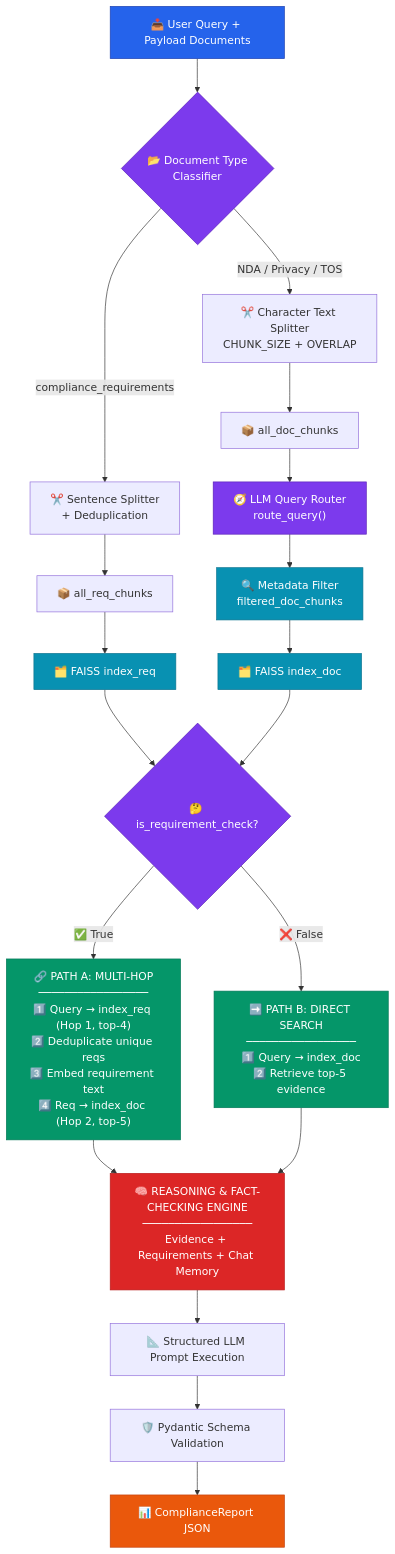
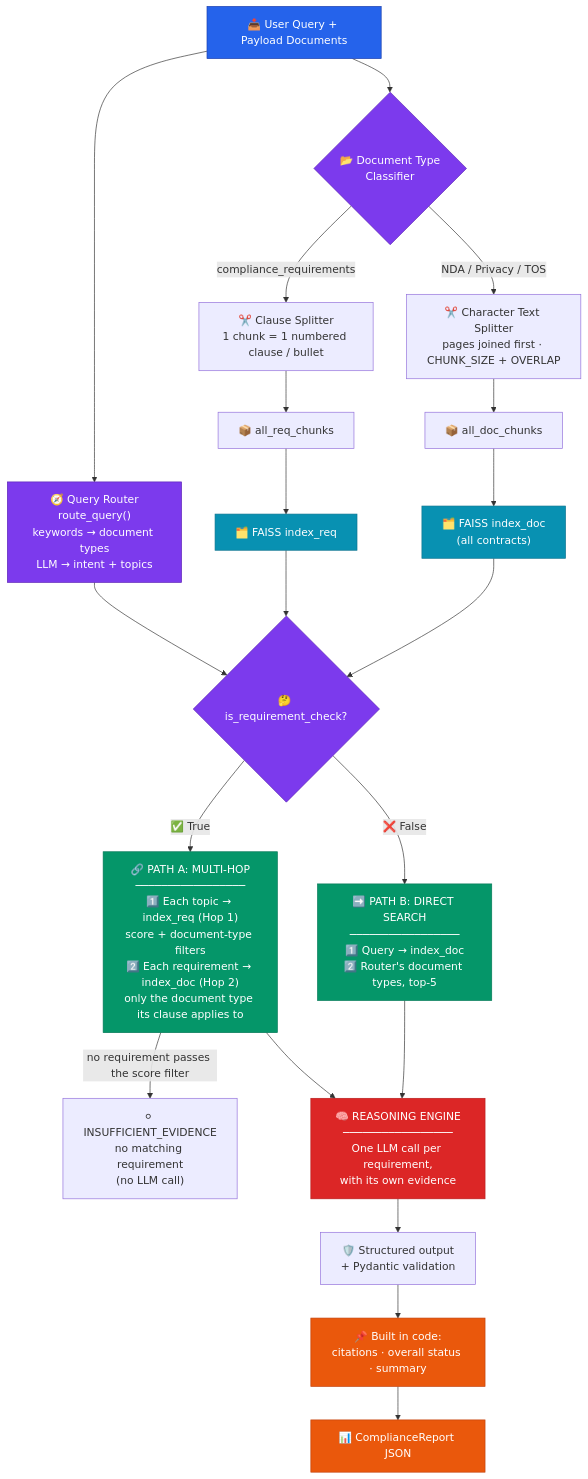
Before and after one commit to oMaR-M-M/Multi-Document-Contract-Legal-Compliance-Analyzer: the first of 2 diagrams in README.md, drawn with Mermaid. The commit also changed other lines of this file, not shown here.

````diff
--- a/README.md
+++ b/README.md
@@ -107,41 +112,42 @@
 ```mermaid
 flowchart TD
     A["📥 User Query + Payload Documents"] --> B{"📂 Document Type<br/>Classifier"}
 
-    B -->|compliance_requirements| C["✂️ Sentence Splitter<br/>+ Deduplication"]
-    B -->|NDA / Privacy / TOS| D["✂️ Character Text Splitter<br/>CHUNK_SIZE + OVERLAP"]
+    B -->|compliance_requirements| C["✂️ Clause Splitter<br/>1 chunk = 1 numbered clause / bullet"]
+    B -->|NDA / Privacy / TOS| D["✂️ Character Text Splitter<br/>pages joined first · CHUNK_SIZE + OVERLAP"]
 
     C --> E["📦 all_req_chunks"]
     D --> F["📦 all_doc_chunks"]
 
-    F --> G["🧭 LLM Query Router<br/>route_query()"]
-    G --> H["🔍 Metadata Filter<br/>filtered_doc_chunks"]
+    A --> G["🧭 Query Router<br/>route_query()<br/>keywords → document types<br/>LLM → intent + topics"]
 
     E --> I["🗂️ FAISS index_req"]
-    H --> J["🗂️ FAISS index_doc"]
+    F --> J["🗂️ FAISS index_doc<br/>(all contracts)"]
 
-    I --> K{"🤔 is_requirement_check?"}
+    G --> K{"🤔 is_requirement_check?"}
+    I --> K
     J --> K
 
-    K -->|✅ True| L["🔗 PATH A: MULTI-HOP<br/>─────────────────<br/>1️⃣ Query → index_req (Hop 1, top-4)<br/>2️⃣ Deduplicate unique reqs<br/>3️⃣ Embed requirement text<br/>4️⃣ Req → index_doc (Hop 2, top-5)"]
-    K -->|❌ False| M["➡️ PATH B: DIRECT SEARCH<br/>─────────────────<br/>1️⃣ Query → index_doc<br/>2️⃣ Retrieve top-5 evidence"]
+    K -->|✅ True| L["🔗 PATH A: MULTI-HOP<br/>─────────────────<br/>1️⃣ Each topic → index_req (Hop 1)<br/>score + document-type filters<br/>2️⃣ Each requirement → index_doc (Hop 2)<br/>only the document type its clause applies to"]
+    K -->|❌ False| M["➡️ PATH B: DIRECT SEARCH<br/>─────────────────<br/>1️⃣ Query → index_doc<br/>2️⃣ Router's document types, top-5"]
 
-    L --> N["🧠 REASONING & FACT-CHECKING ENGINE<br/>─────────────────<br/>Evidence + Requirements + Chat Memory"]
+    L -->|no requirement passes the score filter| R["⚪ INSUFFICIENT_EVIDENCE<br/>no matching requirement<br/>(no LLM call)"]
+    L --> N["🧠 REASONING ENGINE<br/>─────────────────<br/>One LLM call per requirement,<br/>with its own evidence"]
     M --> N
 
-    N --> O["📐 Structured LLM Prompt Execution"]
-    O --> P["🛡️ Pydantic Schema Validation"]
+    N --> O["🛡️ Structured output<br/>+ Pydantic validation"]
+    O --> P["📌 Built in code:<br/>citations · overall status · summary"]
     P --> Q["📊 ComplianceReport JSON"]
 
     style A fill:#2563eb,stroke:#1e40af,color:#fff
     style B fill:#7c3aed,stroke:#5b21b6,color:#fff
     style G fill:#7c3aed,stroke:#5b21b6,color:#fff
     style K fill:#7c3aed,stroke:#5b21b6,color:#fff
-    style H fill:#0891b2,stroke:#0e7490,color:#fff
     style I fill:#0891b2,stroke:#0e7490,color:#fff
     style J fill:#0891b2,stroke:#0e7490,color:#fff
     style L fill:#059669,stroke:#047857,color:#fff
     style M fill:#059669,stroke:#047857,color:#fff
     style N fill:#dc2626,stroke:#b91c1c,color:#fff
+    style P fill:#ea580c,stroke:#c2410c,color:#fff
     style Q fill:#ea580c,stroke:#c2410c,color:#fff
 ```
````
